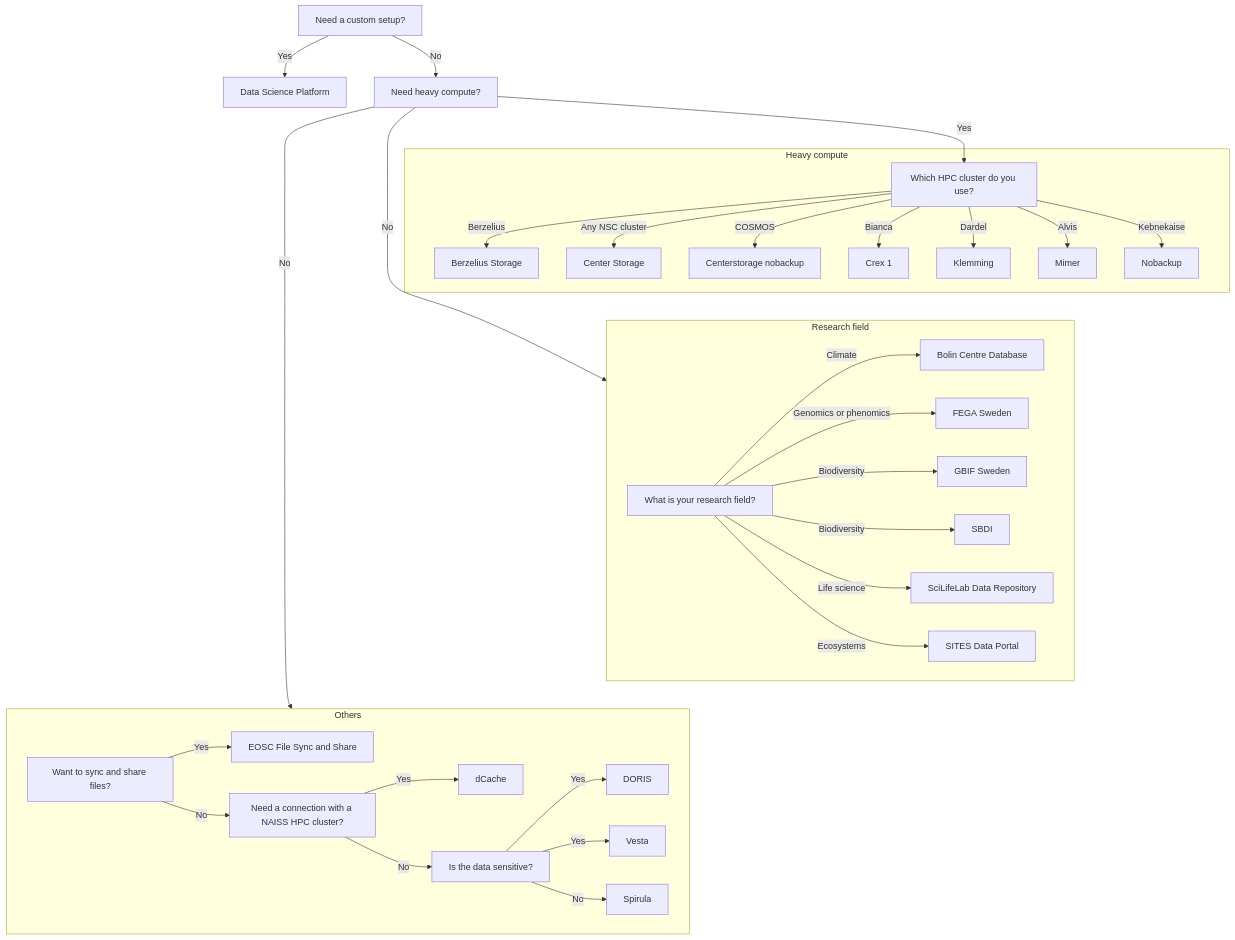
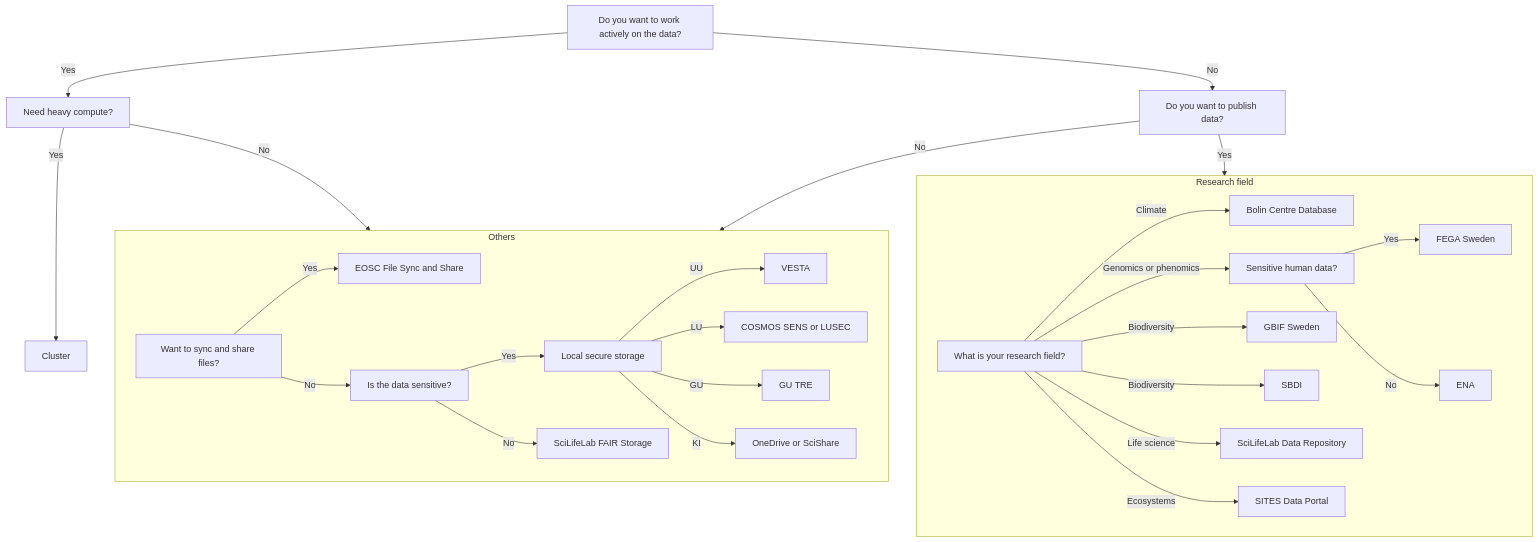
The diagram in docs/storage_1.md (NBISweden/SCoRe_user_doc), drawn with Mermaid before and after one commit. The commit also changed other lines of this file, not shown here.

Commit message:
Use correct file

````diff
--- a/docs/storage_1.md
+++ b/docs/storage_1.md
@@ -8,81 +12,79 @@
 ```mermaid
 flowchart TD
 
-  question_custom_rs[Need a custom setup?]
+  question_need_repo[Do you want to work actively on the data?]
+  question_need_repo --> |Yes| question_heavy_compute
+  question_need_repo --> |No| question_publish_archive
 
-  data_science_platform[Data Science Platform]
-  question_custom_rs --> |Yes| data_science_platform
-  question_custom_rs --> |No| question_heavy_compute
+  question_publish_archive[Do you want to publish data?]
+  question_publish_archive --> |Yes| research_field
+  question_publish_archive --> |No| others
 
   question_heavy_compute[Need heavy compute?]
-  question_heavy_compute --> |Yes| question_hpc_cluster
-  question_heavy_compute --> |No| research_field
+  question_heavy_compute --> |Yes| question_hpc_cluster[Cluster]
   question_heavy_compute --> |No| others
 
-  subgraph heavy_compute["Heavy compute"]
-
-    berzelius_storage[Berzelius Storage]
-    center_storage[Center Storage]
-    centerstorage_nobackup[Centerstorage nobackup]
-    crex_1[Crex 1]
-    klemming[Klemming]
-    mimer[Mimer]
-    nobackup[Nobackup]
-
-    question_hpc_cluster[Which HPC cluster do you use?]
-    question_hpc_cluster --> |Berzelius| berzelius_storage
-    question_hpc_cluster --> |Any NSC cluster| center_storage
-    question_hpc_cluster --> |COSMOS| centerstorage_nobackup
-    question_hpc_cluster --> |Bianca| crex_1
-    question_hpc_cluster --> |Dardel| klemming
-    question_hpc_cluster --> |Alvis| mimer
-    question_hpc_cluster --> |Kebnekaise| nobackup
-  end
+  click question_hpc_cluster "./compute.md" "Compute decision tree"
 
   subgraph research_field["Research field"]
 
     bolin_centre_database[Bolin Centre Database]
+    click bolin_centre_database "https://bolin.su.se/data"
     fega_sweden[FEGA Sweden]
+    click fega_sweden "https://fega.nbis.se"
     gbif_sweden[GBIF Sweden]
+    click gbif_sweden "https://www.gbif.se"
     sll_data_repository[SciLifeLab Data Repository]
+    click sll_data_repository "https://www.scilifelab.se/data/repository/"
     sites_data_portal[SITES Data Portal]
+    click sites_data_portal "https://data.fieldsites.se/portal/"
     sbdi[SBDI]
+    click sbdi "https://biodiversitydata.se"
+    ena[ENA]
+    click ena "https://www.ebi.ac.uk/ena/browser/home"
 
     question_research_field[What is your research field?]
 
     question_research_field --> |Climate| bolin_centre_database
-    question_research_field --> |Genomics or phenomics| fega_sweden
+    question_research_field --> |Genomics or phenomics| q_fega_sweden
     question_research_field --> |Biodiversity| gbif_sweden
     question_research_field --> |Biodiversity| sbdi
     question_research_field --> |Life science| sll_data_repository
     question_research_field --> |Ecosystems| sites_data_portal
+
+    q_fega_sweden[Sensitive human data?] --> |Yes| fega_sweden
+    q_fega_sweden[Sensitive human data?] --> |No| ena
   end
 
   subgraph others["Others"]
 
     eosc_file_sync_and_share[EOSC File Sync and Share]
-    dcache[dCache]
-    spirula[Spirula]
-    doris[DORIS]
-    vesta[Vesta]
+    click eosc_file_sync_and_share "https://open-science-cloud.ec.europa.eu/services/file-sync-share"
+    sll[SciLifeLab FAIR Storage]
+    click sll "https://data.scilifelab.se/services/fairstorage/"
+    uu[VESTA]
+    click uu "https://www.uu.se/medarbetare/stod-och-verktyg/it/it-tjanster/tillaggstjanster/vesta"
+    lu[COSMOS SENS or LUSEC]
+    click lu "https://www.medarbetarwebben.lu.se/lagring-forskningsdata"
+    gu[GU TRE]
+    click gu "https://tre.gu.se"
+    ki[OneDrive or SciShare]
+    click ki "https://staff.ki.se/tools-and-support/it-and-telephony/store-and-share-files"
 
     question_sync_and_share["Want to sync and share files?"]
     question_sync_and_share --> |Yes| eosc_file_sync_and_share
-    question_sync_and_share --> |No| question_connect_naiss
-
-    question_connect_naiss["Need a connection with a NAISS HPC cluster?"]
-    question_connect_naiss --> |Yes| dcache
-    question_connect_naiss --> |No| question_data_sensitivity
+    question_sync_and_share --> |No| question_data_sensitivity
 
     question_data_sensitivity["Is the data sensitive?"]
-    question_data_sensitivity --> |Yes| doris
-    question_data_sensitivity --> |Yes| vesta
-    question_data_sensitivity --> |No| spirula
+    question_data_sensitivity --> |Yes| local_secure
+    question_data_sensitivity --> |No| sll
+
+    local_secure[Local secure storage]
+    local_secure --> |UU| uu
+    local_secure --> |LU| lu
+    local_secure --> |GU| gu
+    local_secure --> |KI| ki
 
   end
 
-  heavy_compute ~~~ research_field
-  question_hpc_cluster ~~~ research_field
-  heavy_compute ~~~ others
-  research_field ~~~ others
 ```
````
